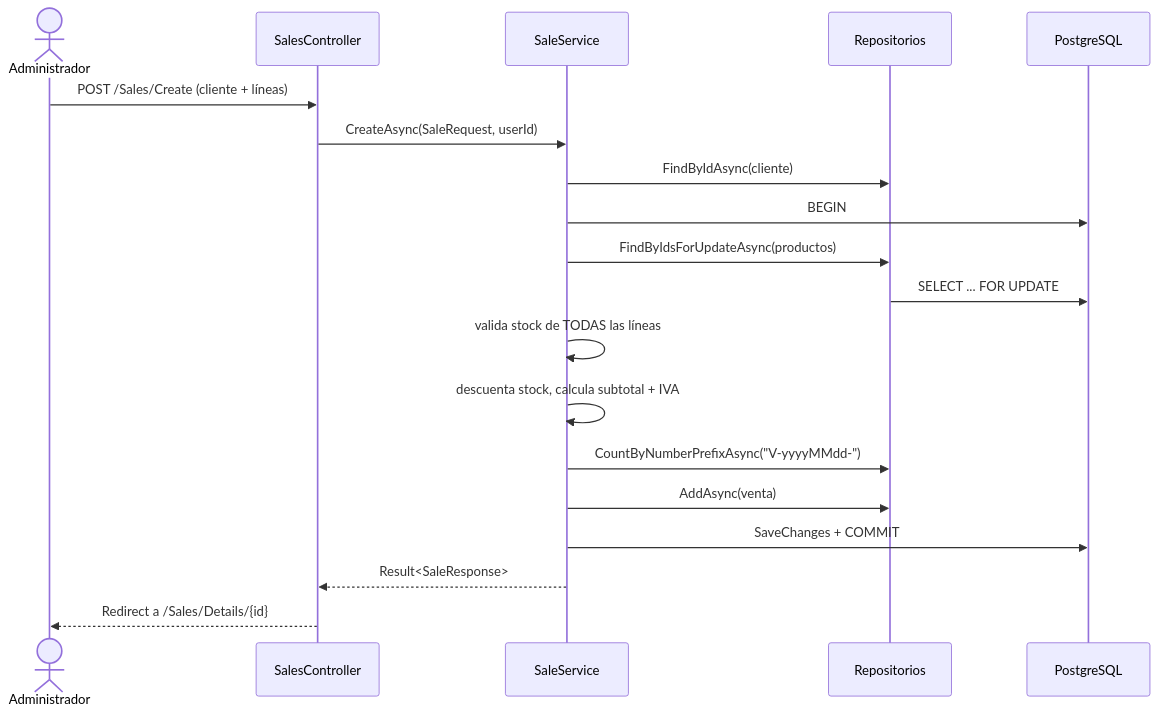
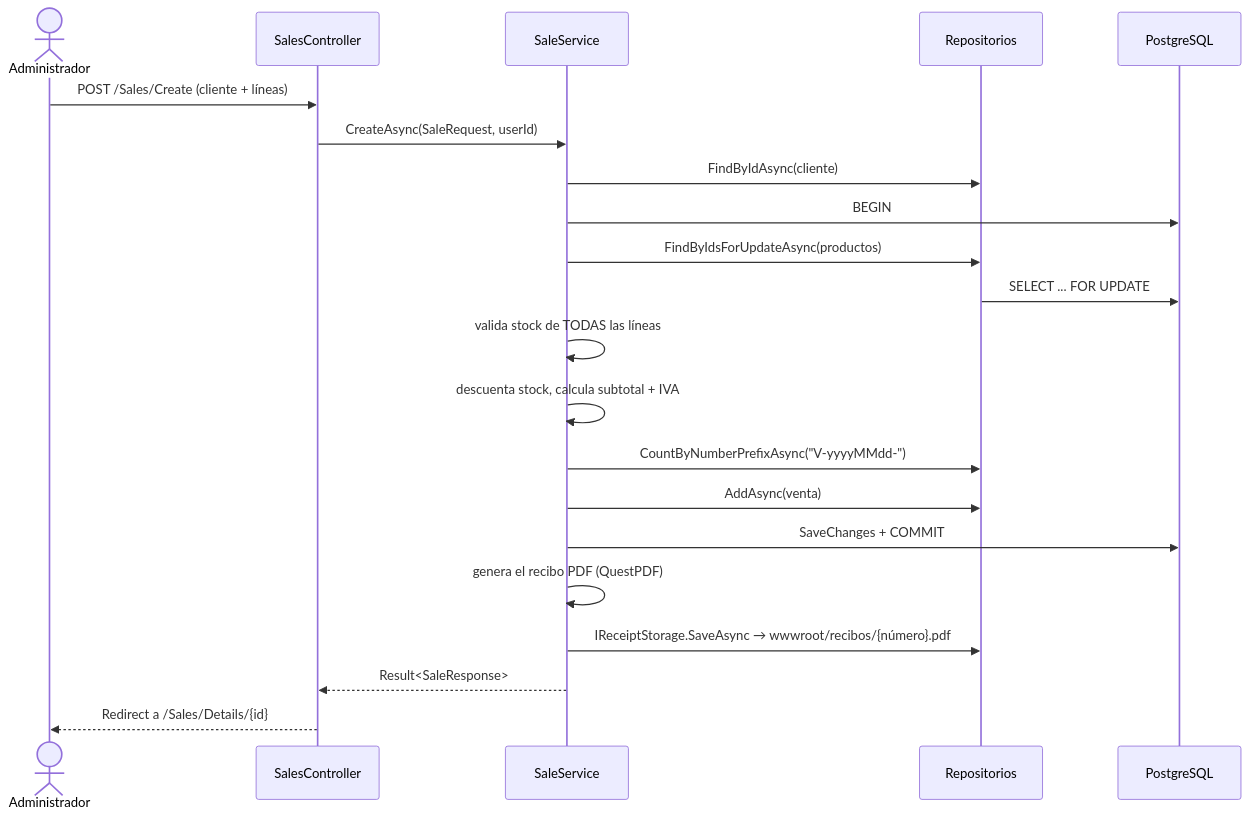
Before and after one commit to Esthercita-Factory/nicholas-delarosa-InfectionSolutions: the third of 4 diagrams in docs/diagrams.md, drawn with Mermaid. The commit also changed other lines of this file and 116 other files, not shown here.

````diff
--- a/docs/diagrams.md
+++ b/docs/diagrams.md
@@ -234,22 +272,24 @@
 ```mermaid
 sequenceDiagram
     actor A as Administrador
     participant C as SalesController
     participant S as SaleService
     participant R as Repositorios
     participant DB as PostgreSQL
 
     A->>C: POST /Sales/Create (cliente + líneas)
     C->>S: CreateAsync(SaleRequest, userId)
     S->>R: FindByIdAsync(cliente)
     S->>DB: BEGIN
     S->>R: FindByIdsForUpdateAsync(productos)
     R->>DB: SELECT ... FOR UPDATE
     S->>S: valida stock de TODAS las líneas
     S->>S: descuenta stock, calcula subtotal + IVA
     S->>R: CountByNumberPrefixAsync("V-yyyyMMdd-")
     S->>R: AddAsync(venta)
     S->>DB: SaveChanges + COMMIT
+    S->>S: genera el recibo PDF (QuestPDF)
+    S->>R: IReceiptStorage.SaveAsync → wwwroot/recibos/{número}.pdf
     S-->>C: Result<SaleResponse>
     C-->>A: Redirect a /Sales/Details/{id}
 ```
````
